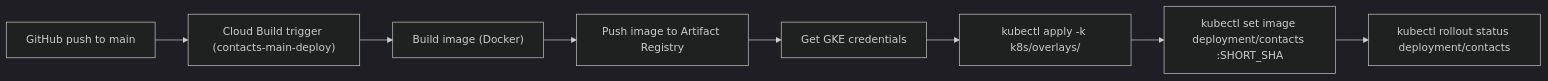
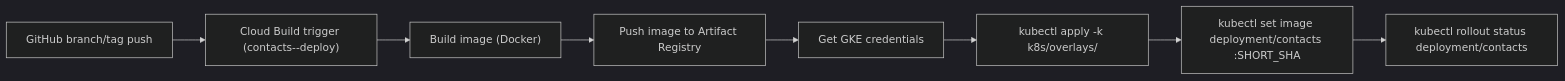
Before and after one commit to juancavallotti/k8s-gcp-reference-architecture: the first of 3 diagrams in DEPLOYMENT_ARCHITECTURE.md, drawn with Mermaid (dark theme). The commit also changed other lines of this file and 4 other files, not shown here.

````diff
--- a/DEPLOYMENT_ARCHITECTURE.md
+++ b/DEPLOYMENT_ARCHITECTURE.md
@@ -16,10 +16,10 @@
 ```mermaid
 flowchart LR
-  gitPush["GitHub push to main"] --> cbTrigger["Cloud Build trigger (contacts-main-deploy)"]
+  gitPush["GitHub branch/tag push"] --> cbTrigger["Cloud Build trigger (contacts-<env>-deploy)"]
   cbTrigger --> buildStep["Build image (Docker)"]
   buildStep --> pushStep["Push image to Artifact Registry"]
   pushStep --> getCreds["Get GKE credentials"]
   getCreds --> applyOverlay["kubectl apply -k k8s/overlays/<env>"]
   applyOverlay --> setImage["kubectl set image deployment/contacts :SHORT_SHA"]
   setImage --> rollout["kubectl rollout status deployment/contacts"]
 ```
````
